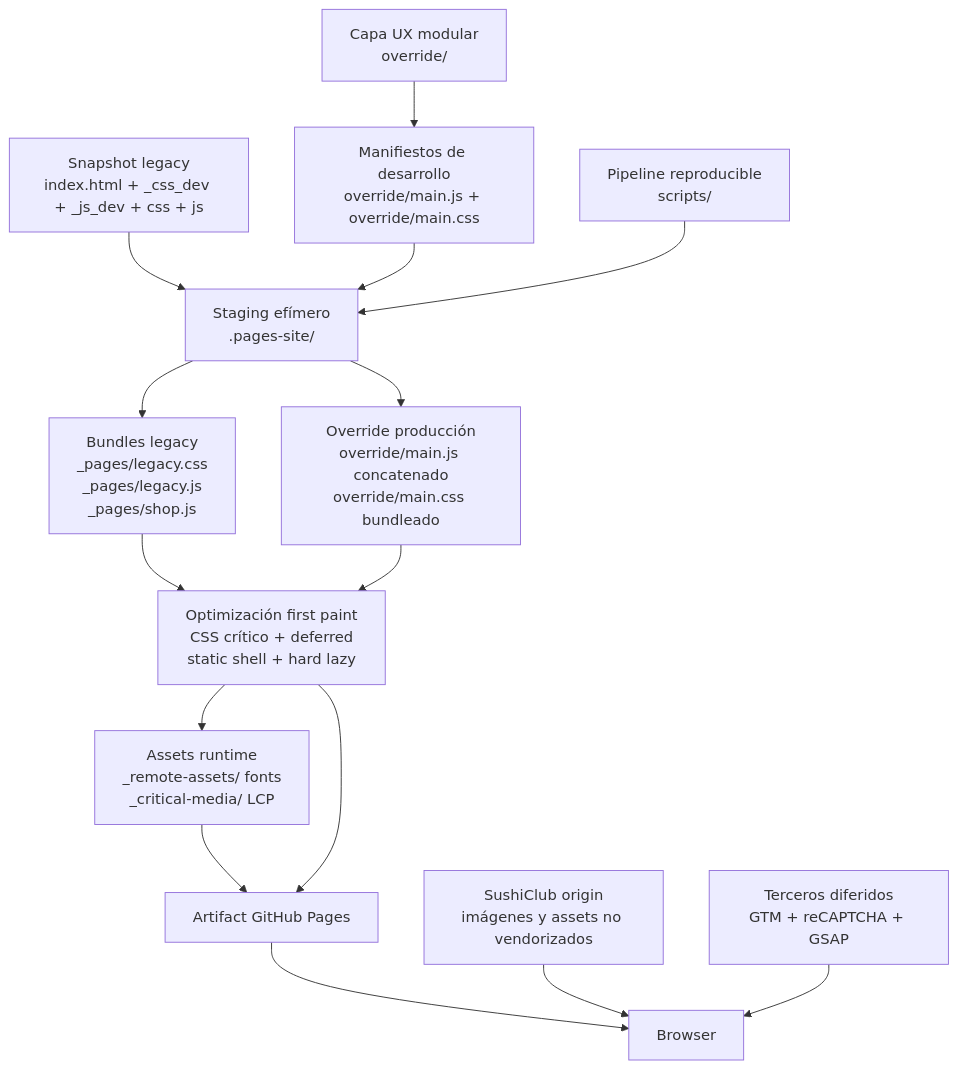
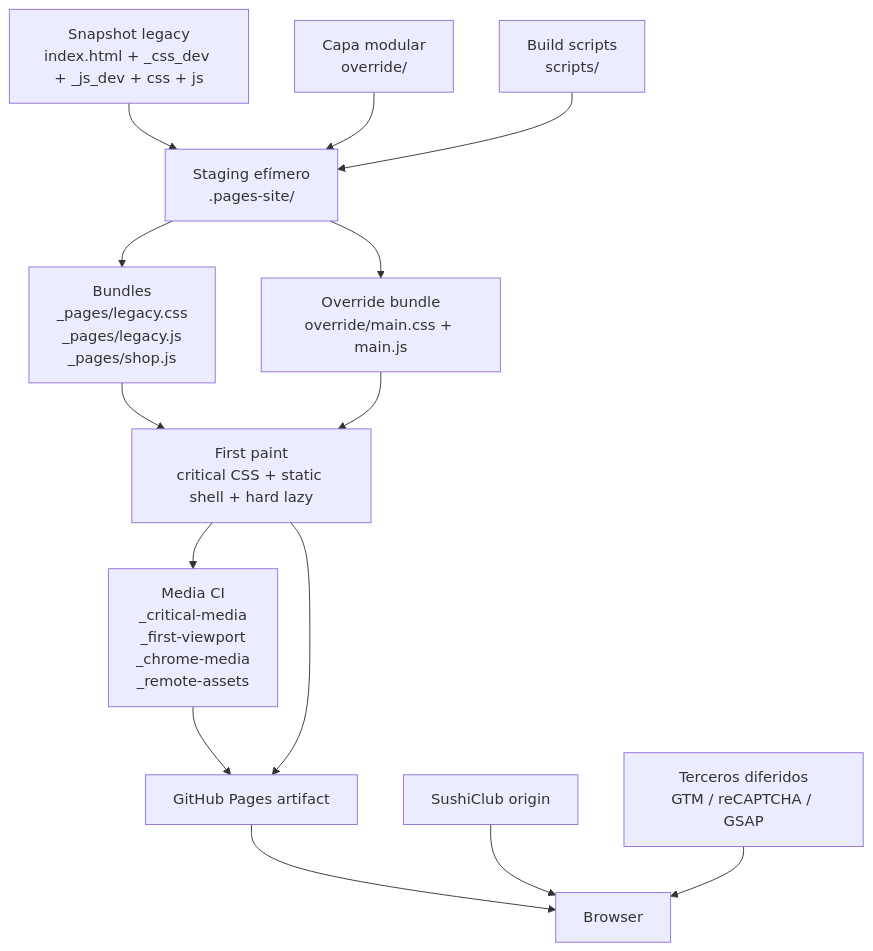
Before and after one commit to krestosa/carta-sc: the first of 3 diagrams in DOCUMENTACION_TECNICA_COMPLETA.md, drawn with Mermaid. The commit also changed other lines of this file, not shown here.

Commit message:
Sync technical documentation with current Pages architecture

````diff
--- a/DOCUMENTACION_TECNICA_COMPLETA.md
+++ b/DOCUMENTACION_TECNICA_COMPLETA.md
@@ -58,31 +44,29 @@
 ```mermaid
 flowchart TD
-    A["Snapshot legacy\nindex.html + _css_dev + _js_dev + css + js"]
-    B["Capa UX modular\noverride/"]
-    C["Manifiestos de desarrollo\noverride/main.js + override/main.css"]
-    D["Pipeline reproducible\nscripts/"]
-    E["Staging efímero\n.pages-site/"]
-    F["Bundles legacy\n_pages/legacy.css\n_pages/legacy.js\n_pages/shop.js"]
-    G["Override producción\noverride/main.js concatenado\noverride/main.css bundleado"]
-    H["Optimización first paint\nCSS crítico + deferred\nstatic shell + hard lazy"]
-    I["Assets runtime\n_remote-assets/ fonts\n_critical-media/ LCP"]
-    J["Artifact GitHub Pages"]
-    K["Browser"]
-    L["SushiClub origin\nimágenes y assets no vendorizados"]
-    M["Terceros diferidos\nGTM + reCAPTCHA + GSAP"]
+    A[Snapshot legacy\nindex.html + _css_dev + _js_dev + css + js]
+    B[Capa modular\noverride/]
+    C[Build scripts\nscripts/]
+    D[Staging efímero\n.pages-site/]
+    E[Bundles\n_pages/legacy.css\n_pages/legacy.js\n_pages/shop.js]
+    F[Override bundle\noverride/main.css + main.js]
+    G[First paint\ncritical CSS + static shell + hard lazy]
+    H[Media CI\n_critical-media\n_first-viewport\n_chrome-media\n_remote-assets]
+    I[GitHub Pages artifact]
+    J[Browser]
+    K[SushiClub origin]
+    L[Terceros diferidos\nGTM / reCAPTCHA / GSAP]
 
-    A --> E
-    B --> C
-    C --> E
+    A --> D
+    B --> D
+    C --> D
     D --> E
-    E --> F
+    D --> F
     E --> G
-    F --> H
+    F --> G
     G --> H
     H --> I
+    G --> I
     I --> J
-    H --> J
-    J --> K
-    L --> K
-    M --> K
+    K --> J
+    L --> J
 ```
````
